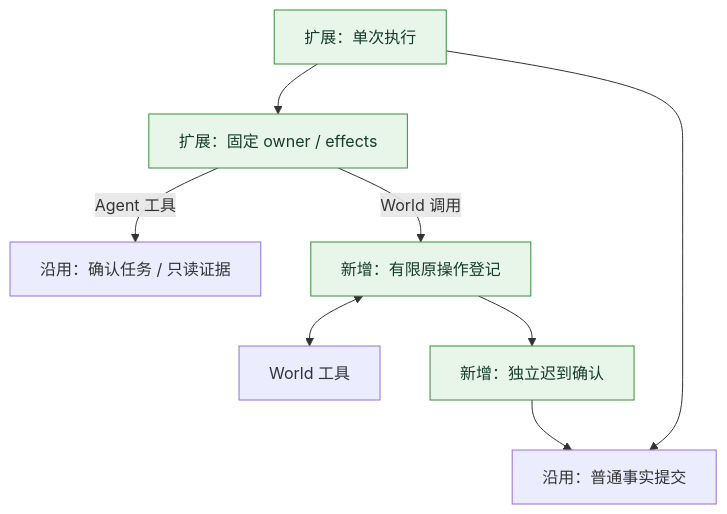
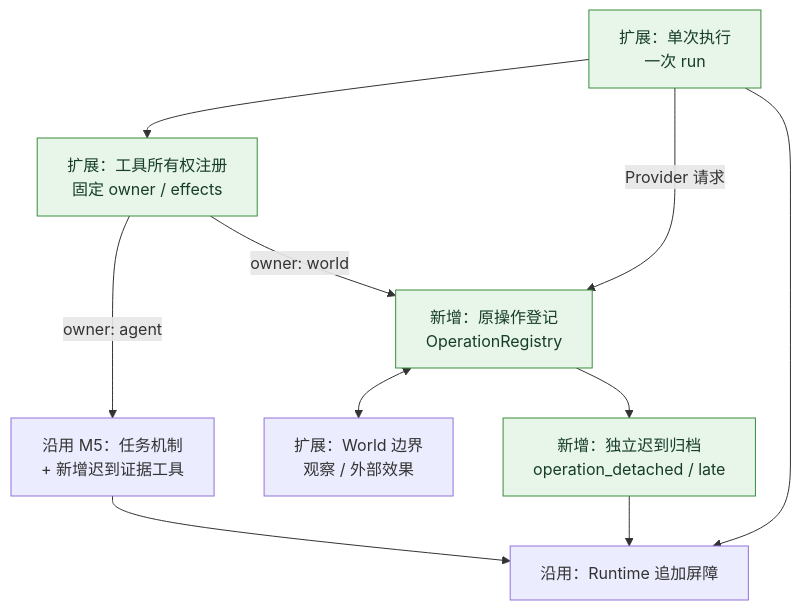
Before and after one commit to 13776578253-glitch/1002bot: the fourth of 10 diagrams in docs/2026-10-12-M6.0进度与架构图.md, drawn with Mermaid. The commit also changed other lines of this file and 17 other files, not shown here.

````diff
--- a/docs/2026-10-12-M6.0进度与架构图.md
+++ b/docs/2026-10-12-M6.0进度与架构图.md
@@ -79,12 +98,14 @@
 ```mermaid
 flowchart TB
-  X[扩展：单次执行] --> G[扩展：固定 owner / effects]
-  G -->|Agent 工具| A[沿用：确认任务 / 只读证据]
-  G -->|World 调用| D[新增：有限原操作登记]
-  D <--> W[World 工具]
-  D --> L[新增：独立迟到确认]
-  X --> S[沿用：普通事实提交]
-  L --> S
+  X[扩展：单次执行<br/>一次 run] --> G[扩展：工具所有权注册<br/>固定 owner / effects]
+  G -->|owner: agent| T[沿用 M5：任务机制<br/>+ 新增迟到证据工具]
+  G -->|owner: world| D[新增：原操作登记<br/>OperationRegistry]
+  X -->|Provider 请求| D
+  D <--> W[扩展：World 边界<br/>观察 / 外部效果]
+  D --> L[新增：独立迟到归档<br/>operation_detached / late]
+  X --> B[沿用：Runtime 追加屏障]
+  T --> B
+  L --> B
   classDef added fill:#e8f5e9,stroke:#388e3c,color:#163d2a;
   class X,G,D,L added
 ```
````
